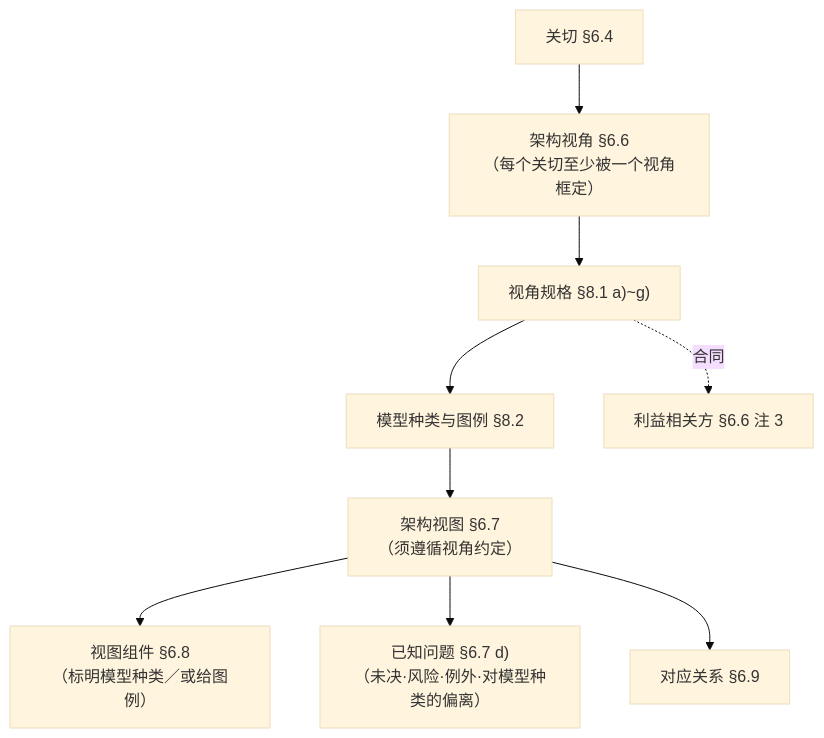
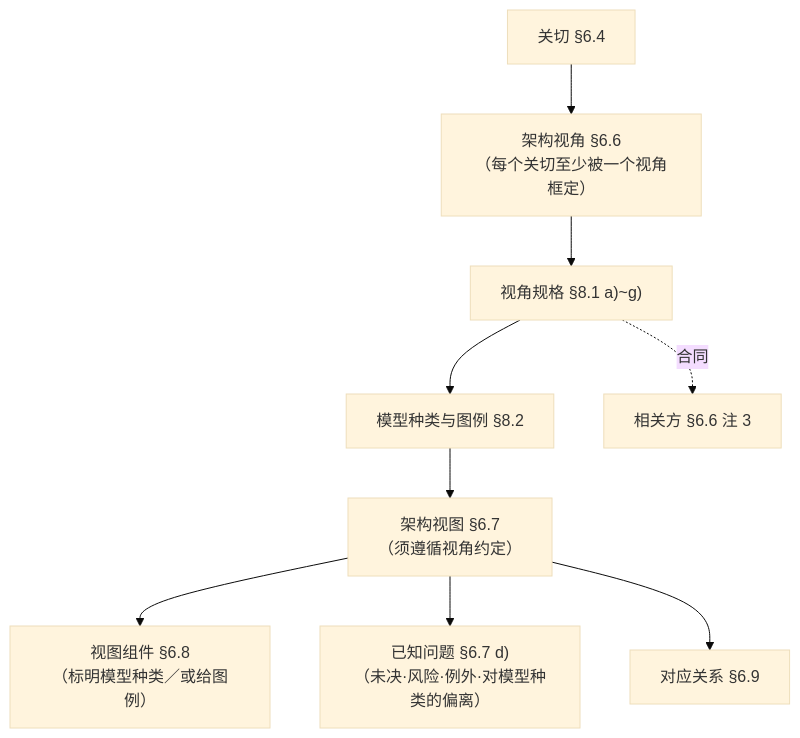
One commit to Yongjunzhou/business-Engineering changed the fifth of 10 diagrams in 10-系统工程研究/00-系统工程相关研究报告/37-架构视图口径研究报告-从三词定位到七类视图与三张清单并附HUD·EOS·冷链·合同审批四套示例.md. Above: the diagram before and after it, drawn with Mermaid (base theme). The commit also changed other lines of this file and 69 other files, not shown here.

````diff
--- a/10-系统工程研究/00-系统工程相关研究报告/37-架构视图口径研究报告-从三词定位到七类视图与三张清单并附HUD·EOS·冷链·合同审批四套示例.md
+++ b/10-系统工程研究/00-系统工程相关研究报告/37-架构视图口径研究报告-从三词定位到七类视图与三张清单并附HUD·EOS·冷链·合同审批四套示例.md
@@ -691,11 +691,11 @@
 ```mermaid
 flowchart TD
   C["关切 §6.4"] --> VP["架构视角 §6.6<br/>（每个关切至少被一个视角框定）"]
   VP --> SPEC["视角规格 §8.1 a)~g)"]
   SPEC --> MK["模型种类与图例 §8.2"]
   MK --> VW["架构视图 §6.7<br/>（须遵循视角约定）"]
   VW --> CP["视图组件 §6.8<br/>（标明模型种类／或给图例）"]
   VW --> IS["已知问题 §6.7 d)<br/>（未决·风险·例外·对模型种类的偏离）"]
   VW --> CO["对应关系 §6.9"]
-  SPEC -.->|合同| STK["利益相关方 §6.6 注 3"]
+  SPEC -.->|合同| STK["相关方 §6.6 注 3"]
 ```
````
